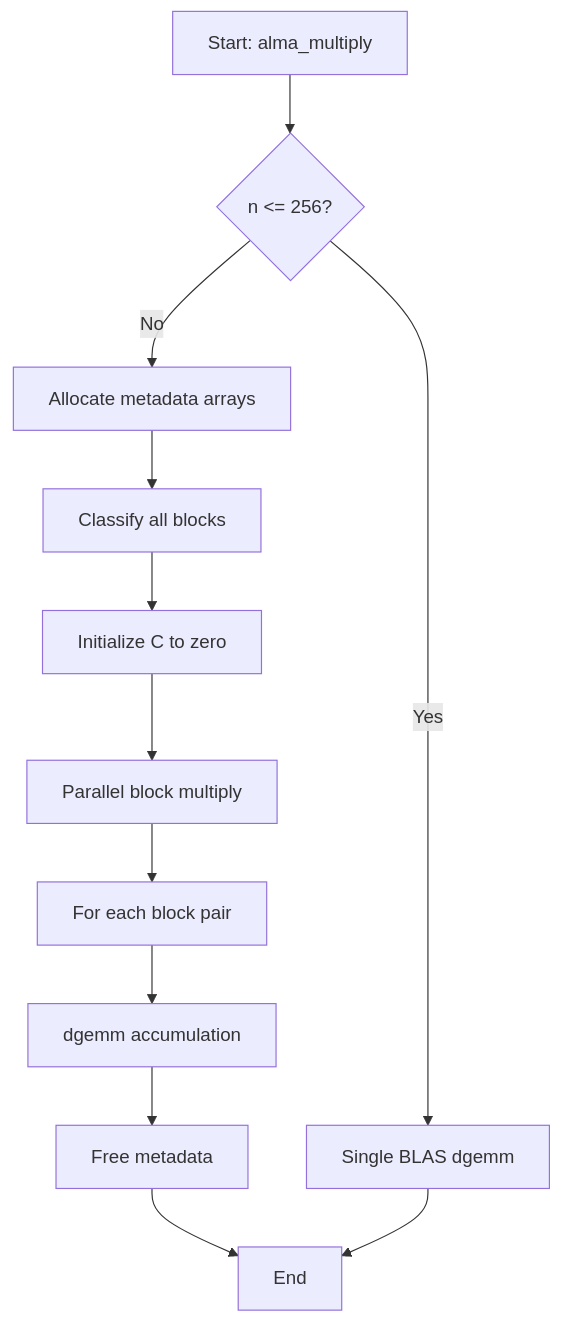
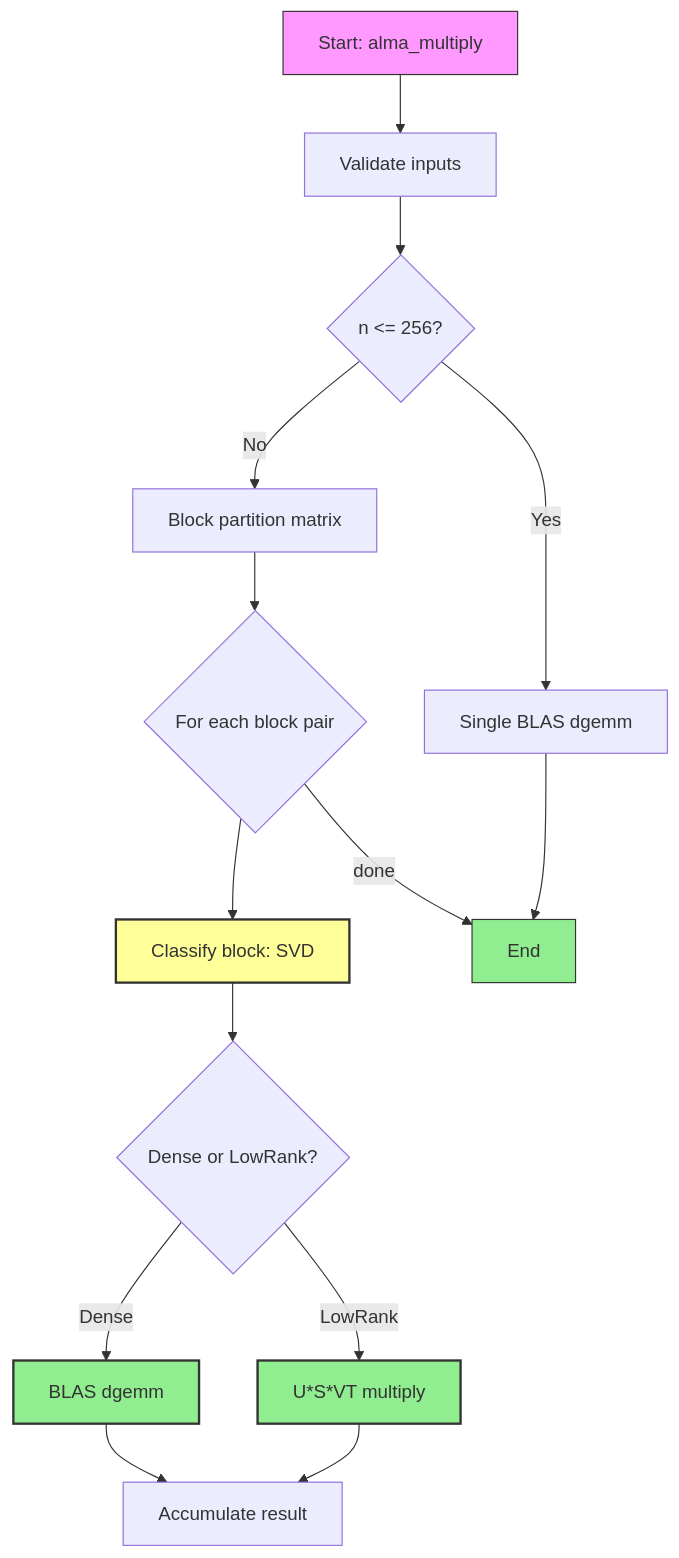
Before and after one commit to ricardo-lisboasantos/alma: the diagram in docs/diagrams/architecture.mmd, drawn with Mermaid. The commit also changed 27 other files, not shown here.

```diff
--- a/docs/diagrams/architecture.mmd
+++ b/docs/diagrams/architecture.mmd
@@ -1,12 +1,20 @@
 flowchart TD
-    A[Start: alma_multiply] --> B{n <= 256?}
-    B -->|Yes| C[Single BLAS dgemm]
-    B -->|No| D[Allocate metadata arrays]
-    D --> E[Classify all blocks]
-    E --> F[Initialize C to zero]
-    F --> G[Parallel block multiply]
-    G --> H[For each block pair]
-    H --> I[dgemm accumulation]
-    I --> J[Free metadata]
-    J --> K[End]
-    C --> K
+    A[Start: alma_multiply] --> B[Validate inputs]
+    B --> C{n <= 256?}
+    C -->|Yes| D[Single BLAS dgemm]
+    C -->|No| E[Block partition matrix]
+    E --> F{For each block pair}
+    F --> G[Classify block: SVD]
+    G --> H{Dense or LowRank?}
+    H -->|Dense| I[BLAS dgemm]
+    H -->|LowRank| J[U*S*VT multiply]
+    I --> K[Accumulate result]
+    J --> K
+    F -->|done| L[End]
+    D --> L
+    
+    style A fill:#f9f,stroke:#333
+    style G fill:#ff9,stroke:#333,stroke-width:2px
+    style I fill:#90EE90,stroke:#333,stroke-width:2px
+    style J fill:#90EE90,stroke:#333,stroke-width:2px
+    style L fill:#90EE90,stroke:#333
```
